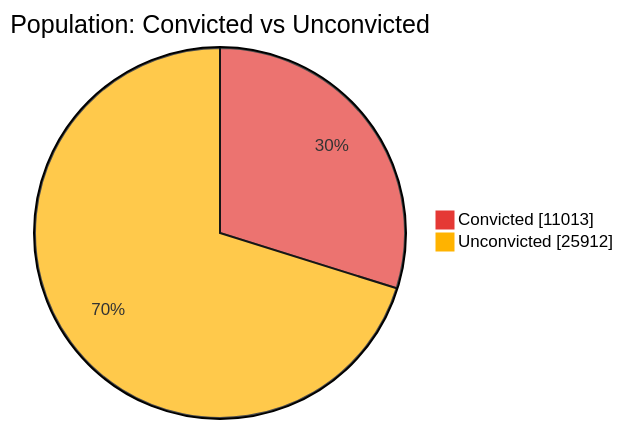
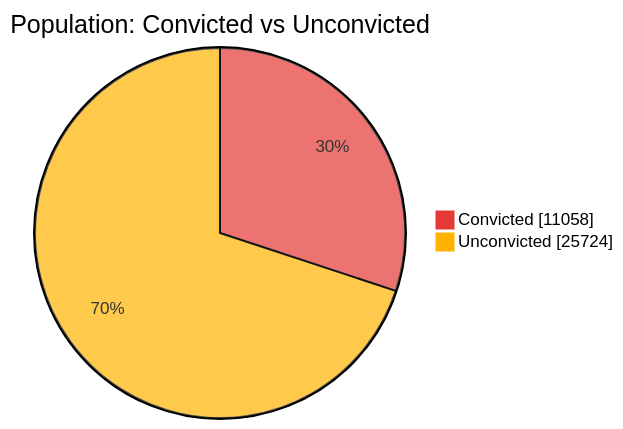
Before and after one commit to nuuuwan/lk_prisons: the first of 7 diagrams in README.md, drawn with Mermaid. The commit also changed other lines of this file and 1 other file, not shown here.

````diff
--- a/README.md
+++ b/README.md
@@ -43,6 +43,6 @@
 ```mermaid
 %%{init: {'themeVariables': {'pie1': '#E53935', 'pie2': '#FFB300'}}}%%
 pie showData title Population: Convicted vs Unconvicted
-    "Convicted" : 11013
-    "Unconvicted" : 25912
+    "Convicted" : 11058
+    "Unconvicted" : 25724
 ```
````
